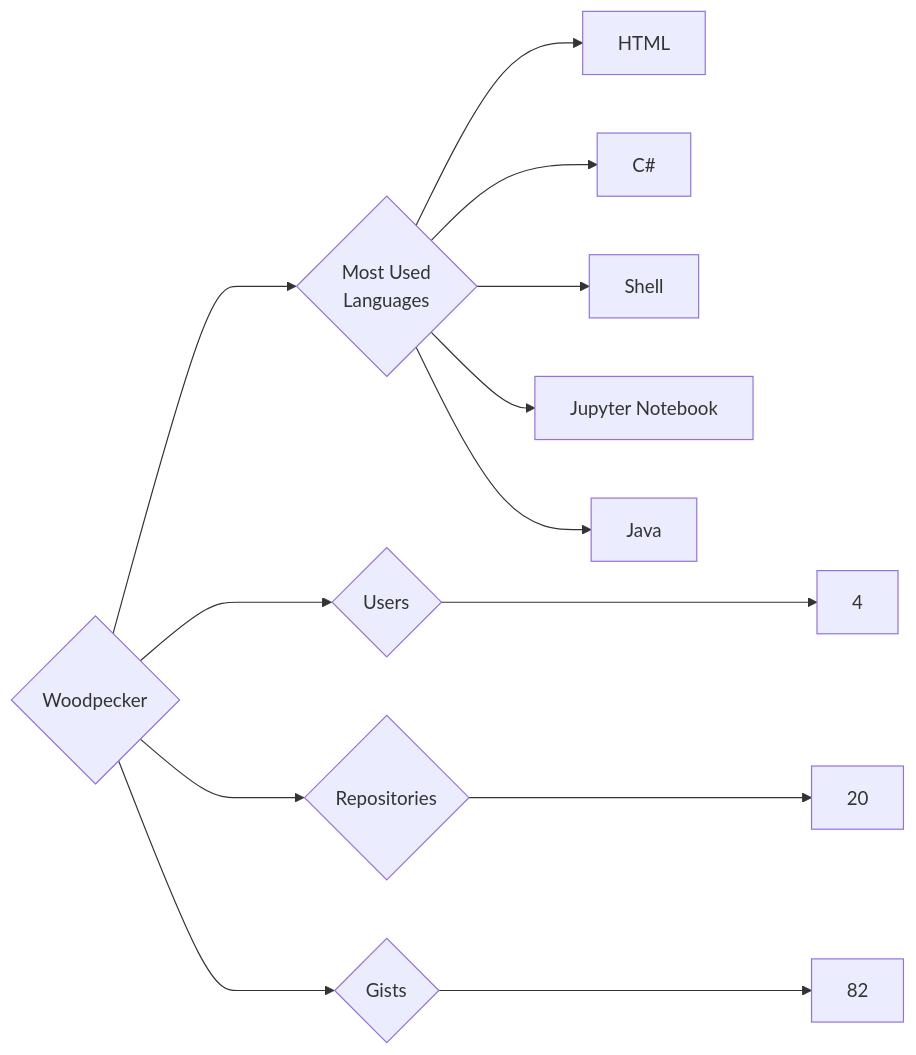
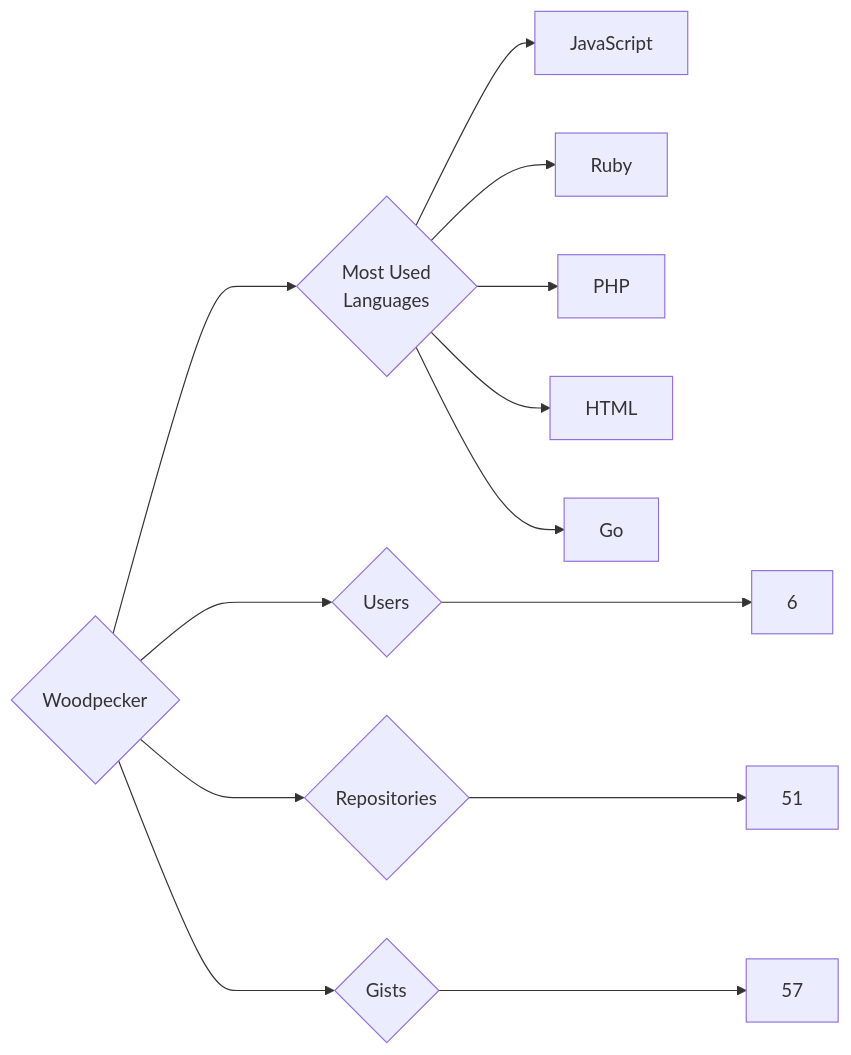
Before and after one commit to trickest/insiders: the diagram in targets/Woodpecker/README.md, drawn with Mermaid. The commit also changed 806 other files, not shown here.

````diff
--- a/targets/Woodpecker/README.md
+++ b/targets/Woodpecker/README.md
@@ -3,13 +3,13 @@
 ```mermaid
 graph LR
 COMPANY_NAME{Woodpecker}
-COMPANY_NAME ---> U{Users} ---> UN[4]
-COMPANY_NAME ---> R{Repositories} ---> RN[20]
-COMPANY_NAME ---> G{Gists} ---> GN[82]
+COMPANY_NAME ---> U{Users} ---> UN[6]
+COMPANY_NAME ---> R{Repositories} ---> RN[51]
+COMPANY_NAME ---> G{Gists} ---> GN[57]
 COMPANY_NAME ---> ML{Most Used<br>Languages}
+ML --> JavaScript[JavaScript]
+ML --> Ruby[Ruby]
+ML --> PHP[PHP]
 ML --> HTML[HTML]
-ML --> C#[C#]
-ML --> Shell[Shell]
-ML --> Jupyter_Notebook[Jupyter Notebook]
-ML --> Java[Java]
+ML --> Go[Go]
 ```
````
